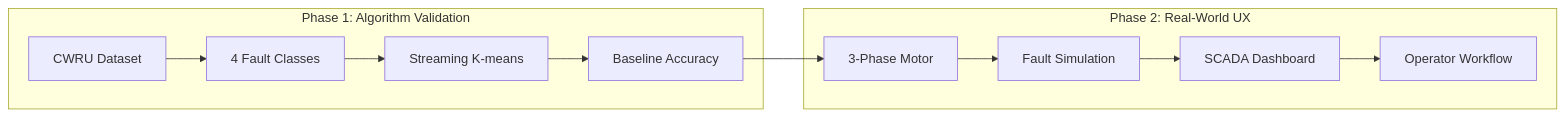
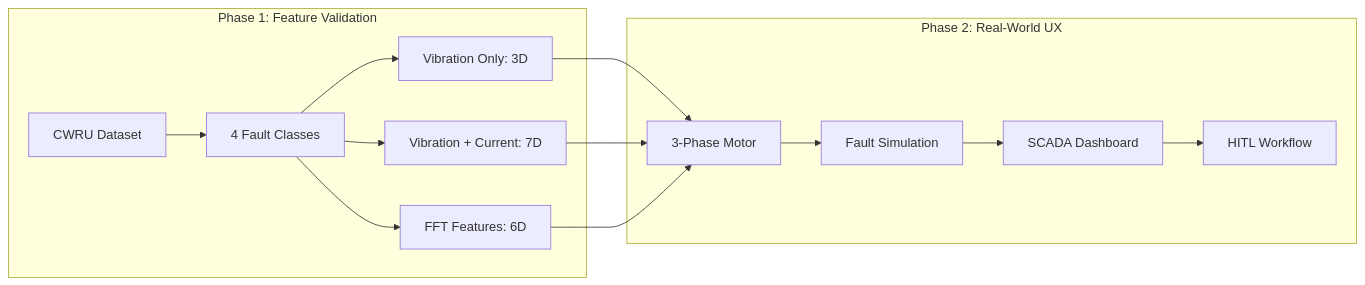
One commit to leekaize/tinyol-hitl changed the third of 7 diagrams in slidev/slides.md. Above: the diagram before and after it, drawn with Mermaid. The commit also changed other lines of this file and 8 other files, not shown here.

````diff
--- a/slidev/slides.md
+++ b/slidev/slides.md
@@ -164,16 +137,17 @@
 ```mermaid
 flowchart LR
-    subgraph Phase1[Phase 1: Algorithm Validation]
+    subgraph Phase1[Phase 1: Feature Validation]
         A[CWRU Dataset] --> B[4 Fault Classes]
-        B --> C[Streaming K-means]
-        C --> D[Baseline Accuracy]
+        B --> C1[Vibration Only: 3D]
+        B --> C2[Vibration + Current: 7D]
+        B --> C3[FFT Features: 6D]
     end
 
     subgraph Phase2[Phase 2: Real-World UX]
         E[3-Phase Motor] --> F[Fault Simulation]
         F --> G[SCADA Dashboard]
-        G --> H[Operator Workflow]
+        G --> H[HITL Workflow]
     end
 
-    D --> E
+    C1 & C2 & C3 --> E
 ```
````
